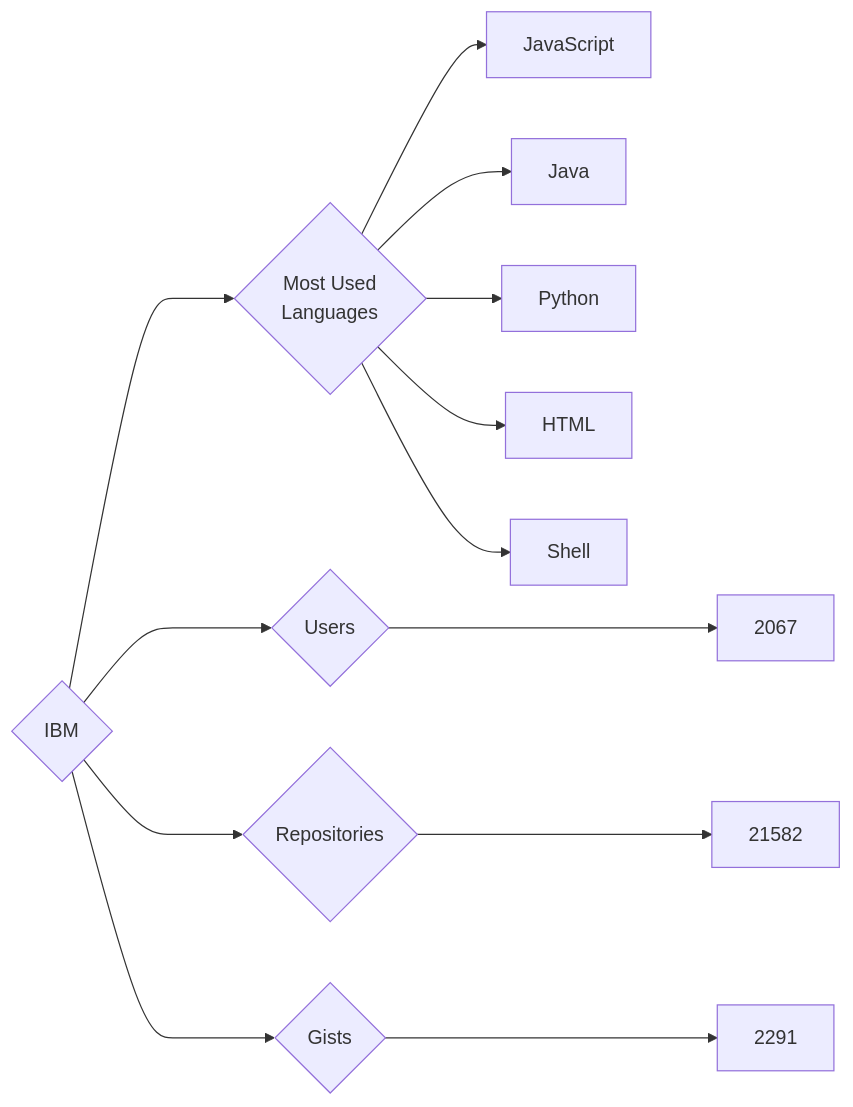
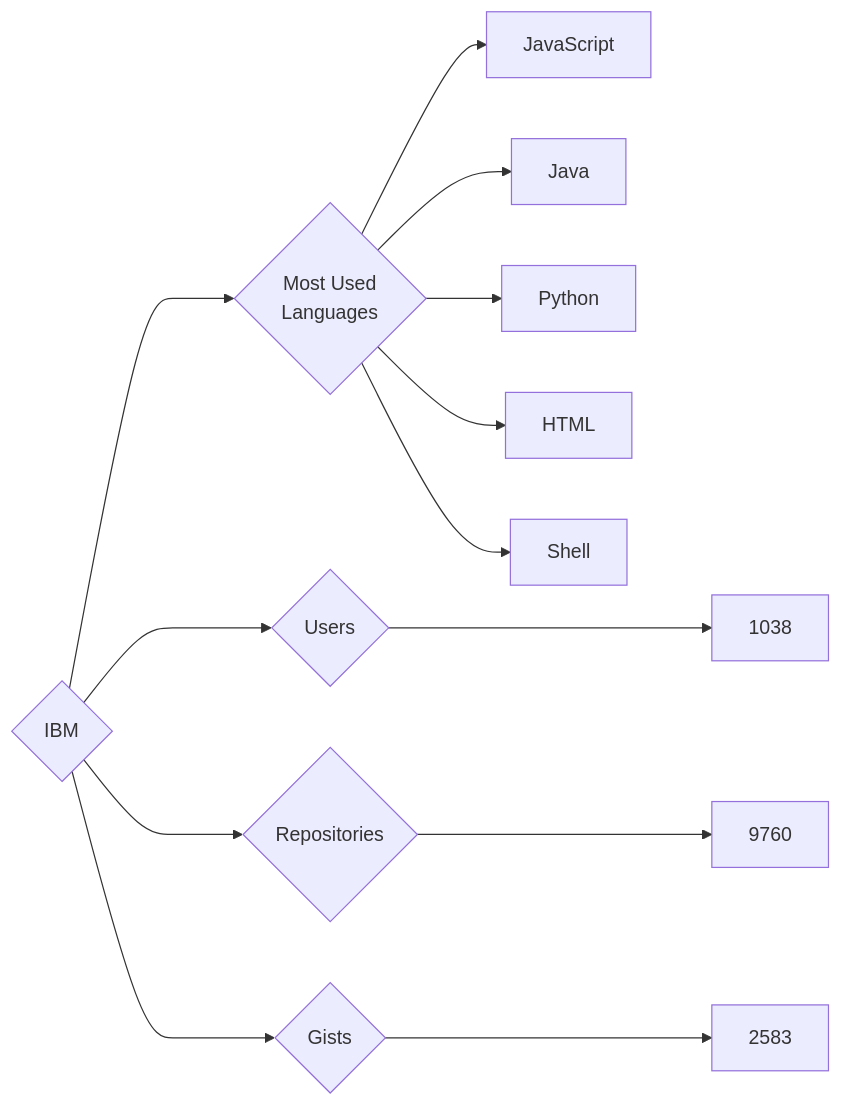
Before and after one commit to trickest/insiders: the diagram in targets/IBM/README.md, drawn with Mermaid. The commit also changed 847 other files, not shown here.

````diff
--- a/targets/IBM/README.md
+++ b/targets/IBM/README.md
@@ -3,13 +3,13 @@
 ```mermaid
 graph LR
 COMPANY_NAME{IBM}
-COMPANY_NAME ---> U{Users} ---> UN[2067]
-COMPANY_NAME ---> R{Repositories} ---> RN[21582]
-COMPANY_NAME ---> G{Gists} ---> GN[2291]
+COMPANY_NAME ---> U{Users} ---> UN[1038]
+COMPANY_NAME ---> R{Repositories} ---> RN[9760]
+COMPANY_NAME ---> G{Gists} ---> GN[2583]
 COMPANY_NAME ---> ML{Most Used<br>Languages}
 ML --> JavaScript[JavaScript]
 ML --> Java[Java]
 ML --> Python[Python]
 ML --> HTML[HTML]
 ML --> Shell[Shell]
 ```
````
